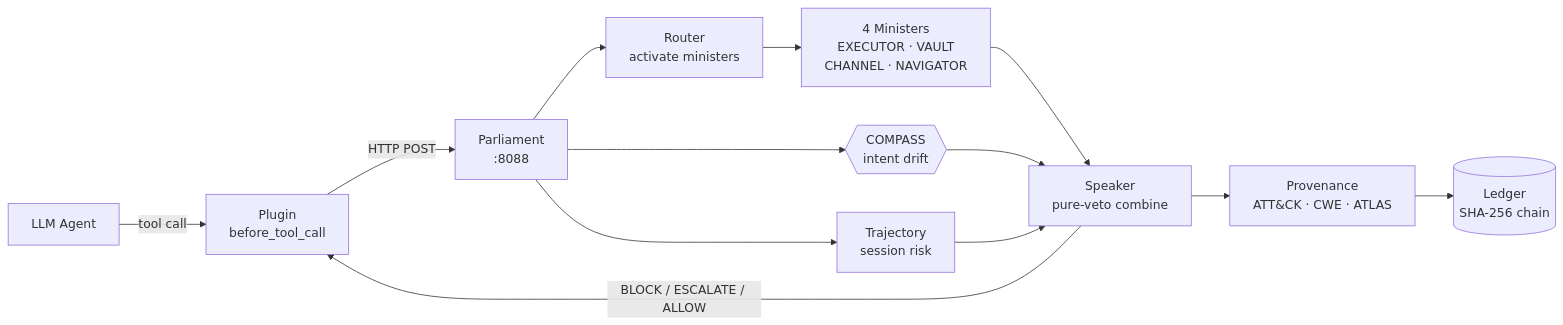
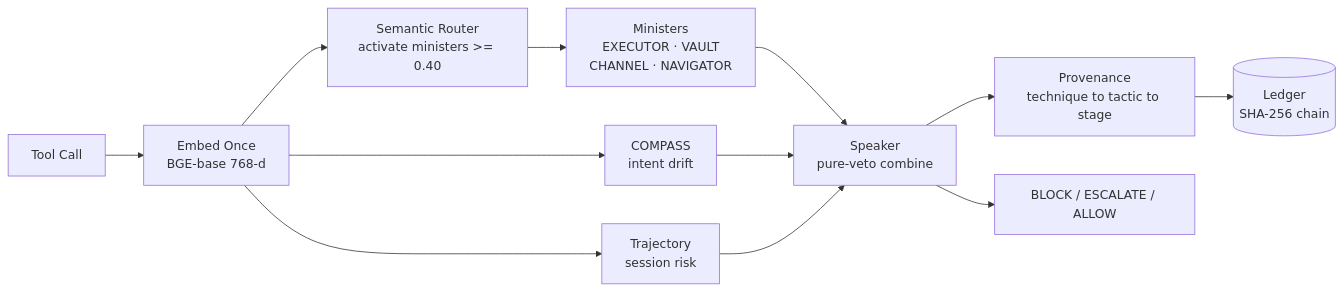
One commit to Ishani018/Kavach changed the first of 5 diagrams in README.md. Above: the diagram before and after it, drawn with Mermaid. The commit also changed other lines of this file, not shown here.

````diff
--- a/README.md
+++ b/README.md
@@ -32,15 +37,14 @@
 ```mermaid
 flowchart LR
-  A["LLM Agent"] -->|"tool call"| B["Plugin<br/>before_tool_call"]
-  B -->|"HTTP POST"| C["Parliament<br/>:8088"]
-  C --> D{{"COMPASS<br/>intent drift"}}
-  C --> R["Router<br/>activate ministers"]
-  R --> M["4 Ministers<br/>EXECUTOR · VAULT<br/>CHANNEL · NAVIGATOR"]
-  C --> T["Trajectory<br/>session risk"]
+  A["Tool Call"] --> B["Embed Once<br/>BGE-base 768-d"]
+  B --> R["Semantic Router<br/>activate ministers >= 0.40"]
+  R --> M["Ministers<br/>EXECUTOR · VAULT<br/>CHANNEL · NAVIGATOR"]
+  B --> CO["COMPASS<br/>intent drift"]
+  B --> T["Trajectory<br/>session risk"]
   M --> S["Speaker<br/>pure-veto combine"]
-  D --> S
+  CO --> S
   T --> S
-  S --> P["Provenance<br/>ATT&CK · CWE · ATLAS"]
+  S --> P["Provenance<br/>technique to tactic to stage"]
   P --> L[("Ledger<br/>SHA-256 chain")]
-  S -->|"BLOCK / ESCALATE / ALLOW"| B
+  S --> V["BLOCK / ESCALATE / ALLOW"]
 ```
````
